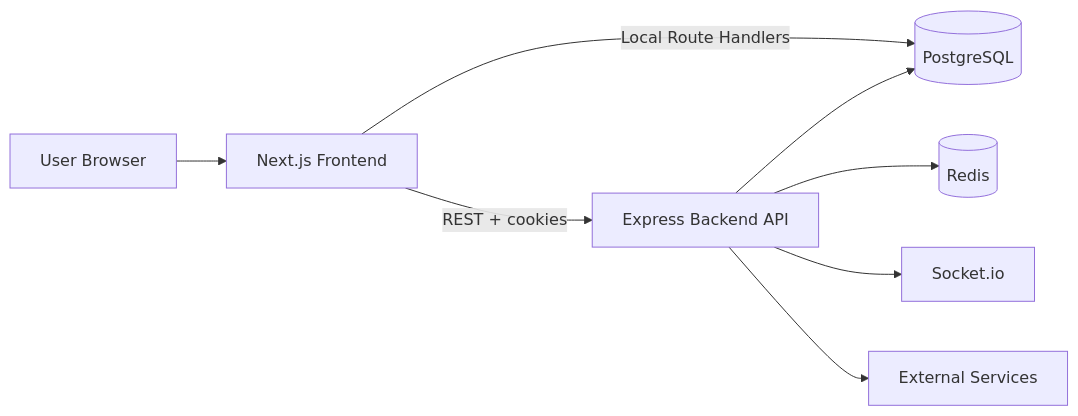
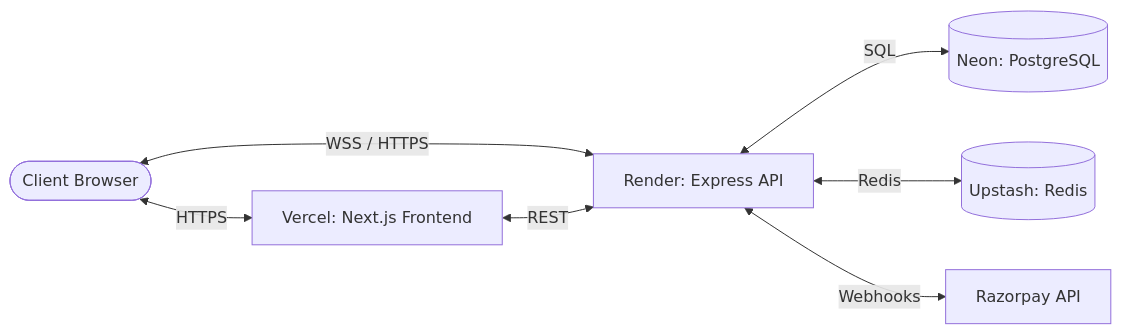
The third of 4 diagrams in README.md (Sia3136/BidCraft), drawn with Mermaid before and after one commit. The commit also changed other lines of this file and 3 other files, not shown here.

````diff
--- a/README.md
+++ b/README.md
@@ -18,10 +78,9 @@
 ```mermaid
 flowchart LR
-   U[User Browser] --> F[Next.js Frontend]
-   F -->|REST + cookies| B[Express Backend API]
-   F -->|Local Route Handlers| P[(PostgreSQL via Prisma)]
-   B --> P[(PostgreSQL)]
-   B --> R[(Redis)]
-   B --> S[Socket.io]
-   B --> X[External Services]
+    Client([Client Browser]) <-->|HTTPS| Frontend[Vercel: Next.js Frontend]
+    Client <-->|WSS / HTTPS| Backend[Render: Express API]
+    Frontend <-->|REST| Backend
+    Backend <-->|SQL| DB[(Neon: PostgreSQL)]
+    Backend <-->|Redis| Cache[(Upstash: Redis)]
+    Backend <-->|Webhooks| Payment[Razorpay API]
 ```
````
